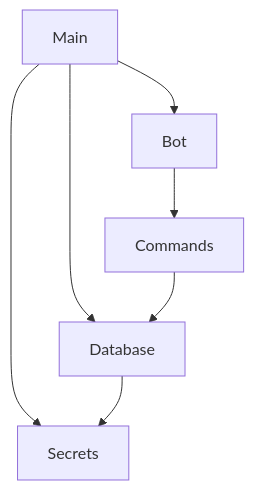
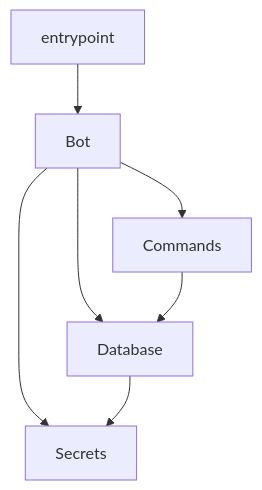
One commit to abakuntzz/whitelist_bot changed the first of 2 diagrams in README.md. Above: the diagram before and after it, drawn with Mermaid. The commit also changed other lines of this file, not shown here.

````diff
--- a/README.md
+++ b/README.md
@@ -32,9 +32,9 @@
 ```mermaid
   graph TD;
-      Main-->Bot;
-      Main-->Database;
-      Main-->Secrets;
+      entrypoint-->Bot;
+      Bot-->Database;
+      Bot-->Secrets;
       Bot-->Commands;
       Commands-->Database;
       Database-->Secrets;
 ```
````
